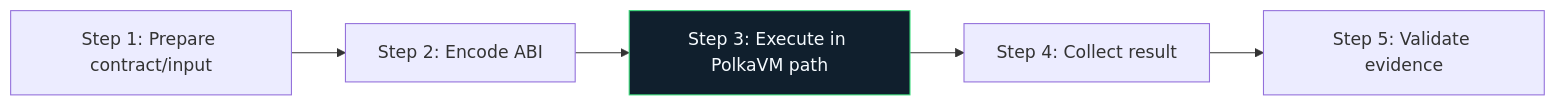
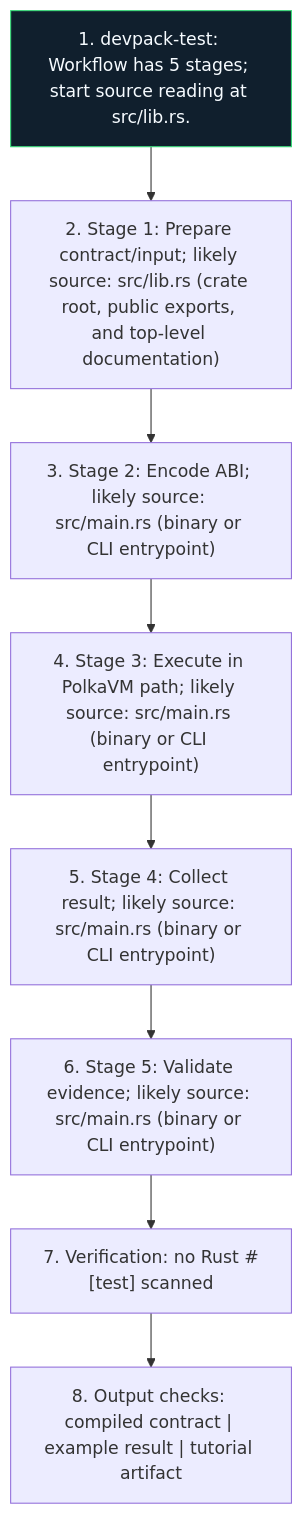
Before and after one commit to r3e-network/neo-riscv-vm: the diagram in examples/devpack-test/docs/figures/workflow.mmd, drawn with Mermaid. The commit also changed 571 other files, not shown here.

Commit message:
Deepen crate diagrams with source-aware atlas

```diff
--- a/examples/devpack-test/docs/figures/workflow.mmd
+++ b/examples/devpack-test/docs/figures/workflow.mmd
@@ -1,12 +1,18 @@
-flowchart LR
-    N1["Step 1: Prepare contract/input"]
-    N2["Step 2: Encode ABI"]
-    N3["Step 3: Execute in PolkaVM path"]
-    N4["Step 4: Collect result"]
-    N5["Step 5: Validate evidence"]
+flowchart TB
+    N1["1. devpack-test: Workflow has 5 stages; start source reading at src/lib.rs."]
+    N2["2. Stage 1: Prepare contract/input; likely source: src/lib.rs (crate root, public exports, and top-level documentation)"]
+    N3["3. Stage 2: Encode ABI; likely source: src/main.rs (binary or CLI entrypoint)"]
+    N4["4. Stage 3: Execute in PolkaVM path; likely source: src/main.rs (binary or CLI entrypoint)"]
+    N5["5. Stage 4: Collect result; likely source: src/main.rs (binary or CLI entrypoint)"]
+    N6["6. Stage 5: Validate evidence; likely source: src/main.rs (binary or CLI entrypoint)"]
+    N7["7. Verification: no Rust #[test] scanned"]
+    N8["8. Output checks: compiled contract | example result | tutorial artifact"]
     N1 --> N2
     N2 --> N3
     N3 --> N4
     N4 --> N5
+    N5 --> N6
+    N6 --> N7
+    N7 --> N8
     classDef crate fill:#101f2d,stroke:#38d978,color:#f6fbff
-    class N3 crate
+    class N1 crate
```
